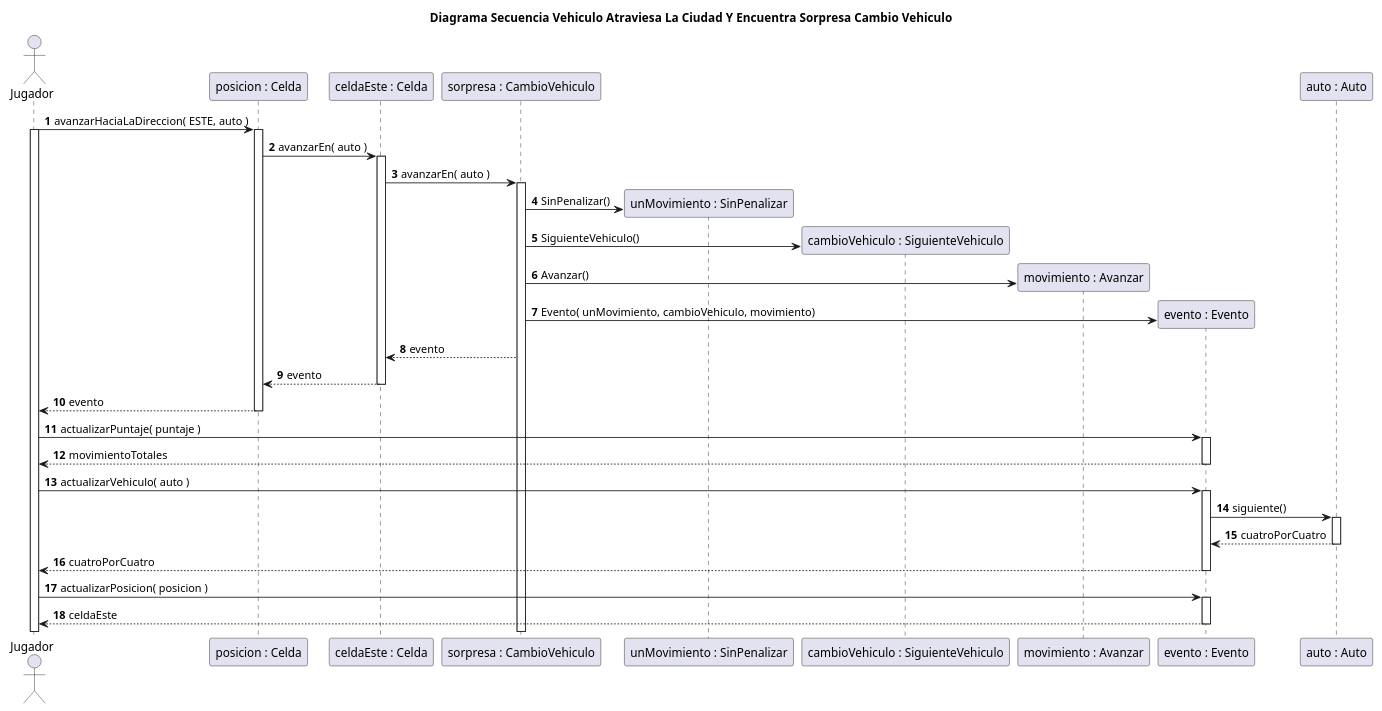
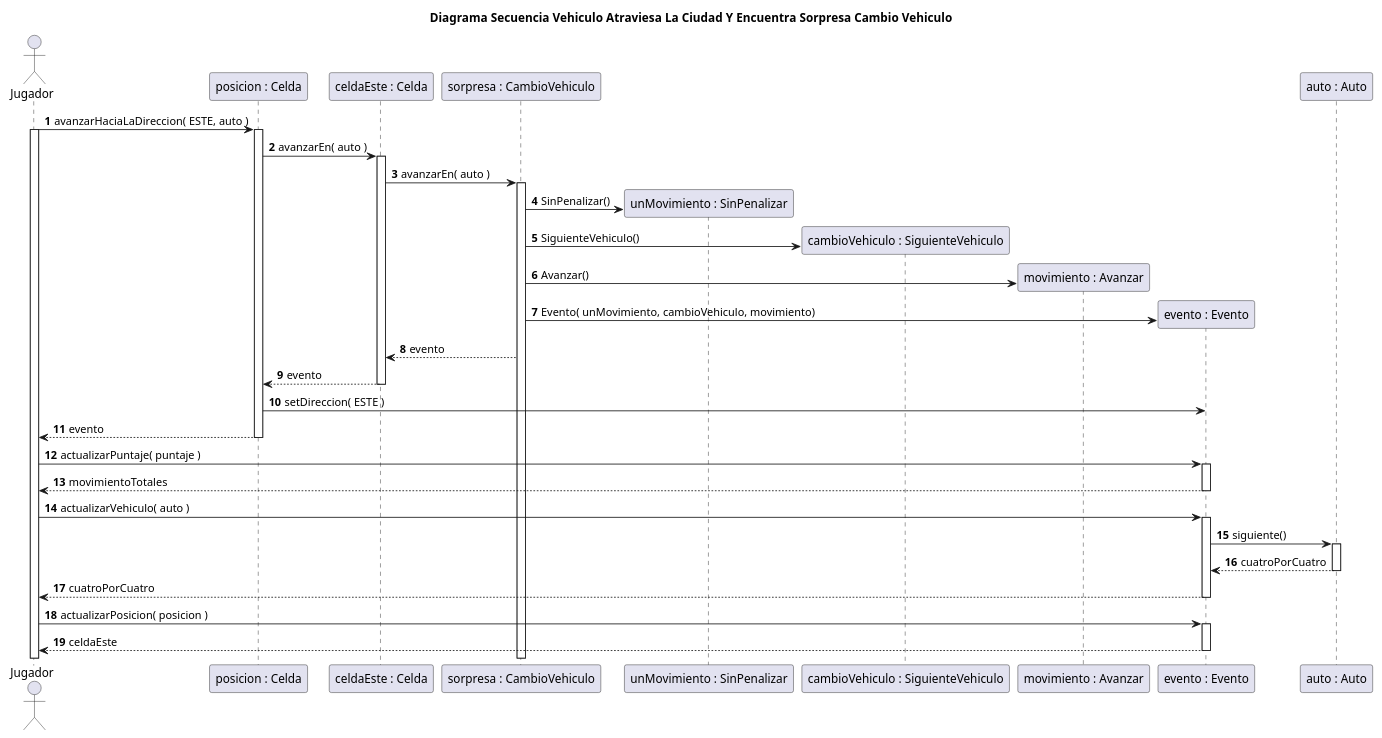
Before and after one commit to rodrigovzq/algo3_tp2: the diagram in diagrams/sequences/entrega2/CasoVehiculoAtraviesaLaCiudadYEncuentraSorpresaCambioVehiculo.puml, drawn with PlantUML. The commit also changed 9 other files, not shown here.

Commit message:
Agrego el seteo de la direccion al EventoPosicion para saber que celda retornar en actualizarPosicion()

```diff
--- a/diagrams/sequences/entrega2/CasoVehiculoAtraviesaLaCiudadYEncuentraSorpresaCambioVehiculo.puml
+++ b/diagrams/sequences/entrega2/CasoVehiculoAtraviesaLaCiudadYEncuentraSorpresaCambioVehiculo.puml
@@ -1,48 +1,49 @@
 @startuml
 title Diagrama Secuencia Vehiculo Atraviesa La Ciudad Y Encuentra Sorpresa Cambio Vehiculo
 
 autonumber
 
 actor Jugador
 
 Jugador -> "posicion : Celda"++: avanzarHaciaLaDireccion( ESTE, auto )
 
 activate Jugador
 "posicion : Celda" -> "celdaEste : Celda"++: avanzarEn( auto )
 
 
 "celdaEste : Celda" -> "sorpresa : CambioVehiculo"++: avanzarEn( auto )
 
 create "unMovimiento : SinPenalizar"
 "sorpresa : CambioVehiculo"-> "unMovimiento : SinPenalizar": SinPenalizar()
 
 create "cambioVehiculo : SiguienteVehiculo"
 "sorpresa : CambioVehiculo" -> "cambioVehiculo : SiguienteVehiculo": SiguienteVehiculo()
 
 create "movimiento : Avanzar"
 "sorpresa : CambioVehiculo"  -> "movimiento : Avanzar": Avanzar()
 
 create "evento : Evento"
 "sorpresa : CambioVehiculo"  -> "evento : Evento": Evento( unMovimiento, cambioVehiculo, movimiento)
 
 "sorpresa : CambioVehiculo" --> "celdaEste : Celda": evento
 
 "celdaEste : Celda" --> "posicion : Celda": evento
 deactivate "celdaEste : Celda"
 
+"posicion : Celda" -> "evento : Evento": setDireccion( ESTE )
 "posicion : Celda" --> Jugador--: evento
 
 
 Jugador -> "evento : Evento"++: actualizarPuntaje( puntaje )
 Jugador <-- "evento : Evento"--: movimientoTotales
 
 Jugador -> "evento : Evento"++: actualizarVehiculo( auto )
 "evento : Evento" -> "auto : Auto"++: siguiente()
  "auto : Auto" --> "evento : Evento"--: cuatroPorCuatro
 
 Jugador <-- "evento : Evento"--: cuatroPorCuatro
 
 Jugador -> "evento : Evento"++: actualizarPosicion( posicion )
 Jugador <-- "evento : Evento"--: celdaEste
 
 @enduml
```
